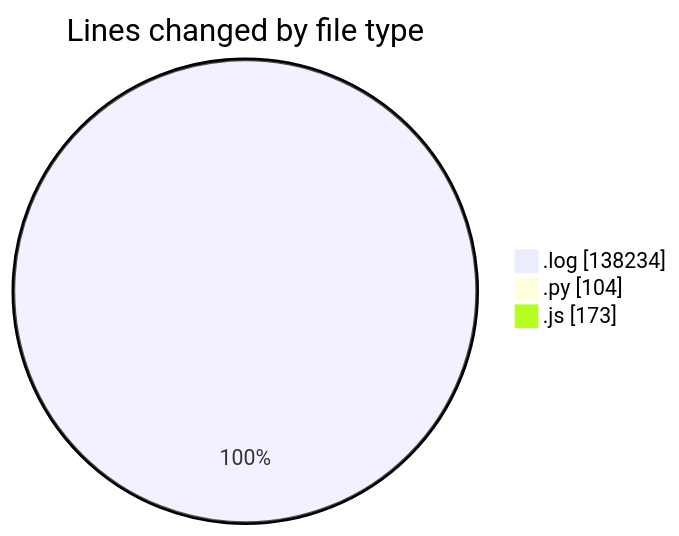
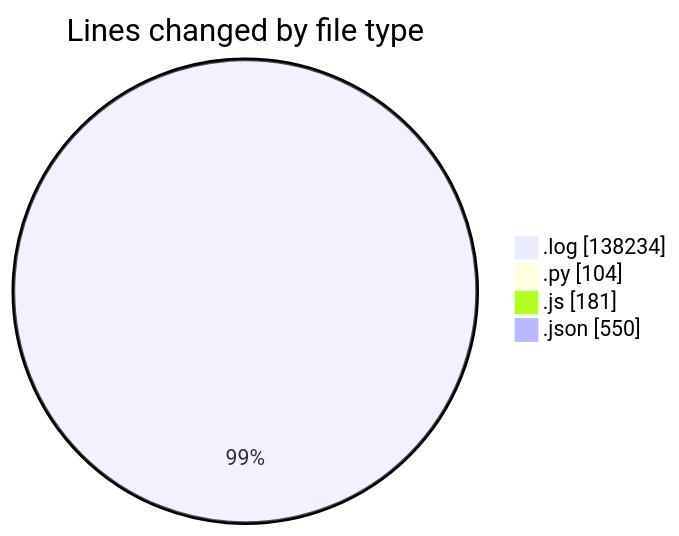
One commit to nxtqubesakshisongat/code-tracking changed the first of 2 diagrams in 2025-04-10/nxtqube_webapp/README.md. Above: the diagram before and after it, drawn with Mermaid. The commit also changed other lines of this file and 1 other file, not shown here.

````diff
--- a/2025-04-10/nxtqube_webapp/README.md
+++ b/2025-04-10/nxtqube_webapp/README.md
@@ -22,7 +23,8 @@
 ```mermaid
 pie showData
 title Lines changed by file type
 ".log" : 138234
 ".py" : 104
-".js" : 173
+".js" : 181
+".json" : 550
 ```
````
